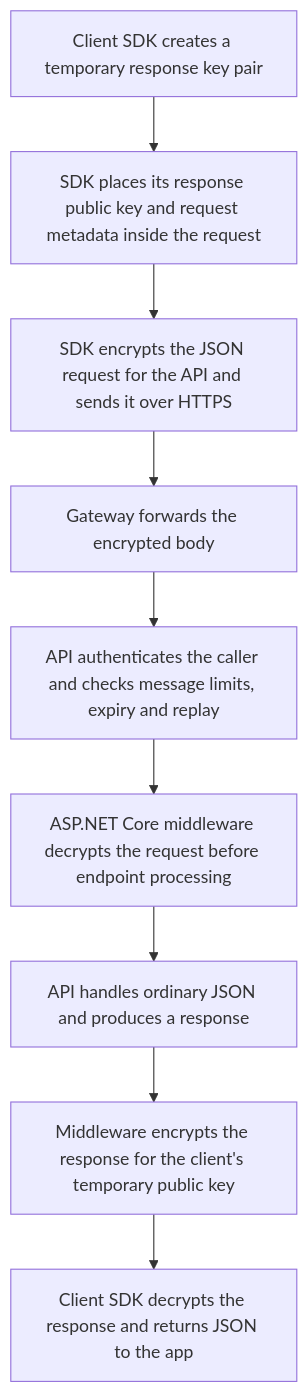
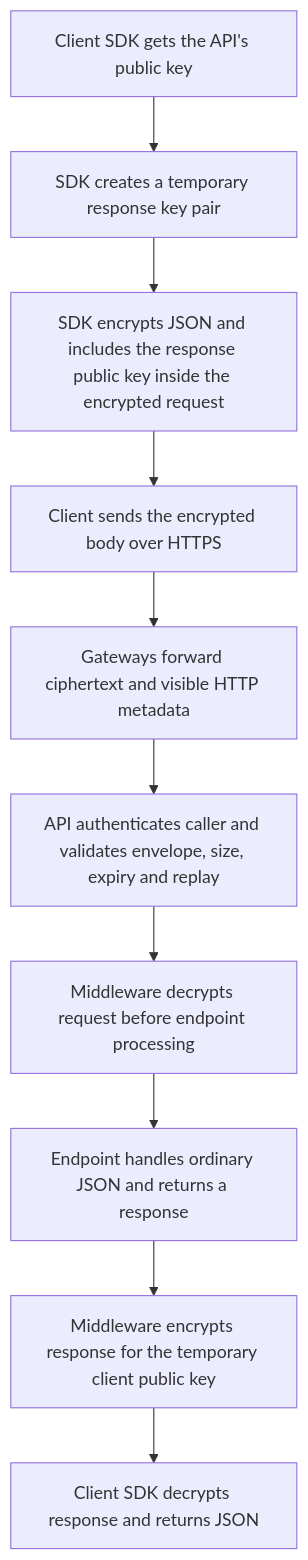
One commit to teesofttech/EnvelopeKit changed the diagram in README.md. Above: the diagram before and after it, drawn with Mermaid. The commit also changed other lines of this file, not shown here.

Commit message:
docs: expand EnvelopeKit design README

````diff
--- a/README.md
+++ b/README.md
@@ -43,11 +81,12 @@
 ```mermaid
 flowchart TD
-    A["Client SDK creates a temporary response key pair"] --> B["SDK places its response public key and request metadata inside the request"]
-    B --> C["SDK encrypts the JSON request for the API and sends it over HTTPS"]
-    C --> D["Gateway forwards the encrypted body"]
-    D --> E["API authenticates the caller and checks message limits, expiry and replay"]
-    E --> F["ASP.NET Core middleware decrypts the request before endpoint processing"]
-    F --> G["API handles ordinary JSON and produces a response"]
-    G --> H["Middleware encrypts the response for the client's temporary public key"]
-    H --> I["Client SDK decrypts the response and returns JSON to the app"]
+    A["Client SDK gets the API's public key"] --> B["SDK creates a temporary response key pair"]
+    B --> C["SDK encrypts JSON and includes the response public key inside the encrypted request"]
+    C --> D["Client sends the encrypted body over HTTPS"]
+    D --> E["Gateways forward ciphertext and visible HTTP metadata"]
+    E --> F["API authenticates caller and validates envelope, size, expiry and replay"]
+    F --> G["Middleware decrypts request before endpoint processing"]
+    G --> H["Endpoint handles ordinary JSON and returns a response"]
+    H --> I["Middleware encrypts response for the temporary client public key"]
+    I --> J["Client SDK decrypts response and returns JSON"]
 ```
````
